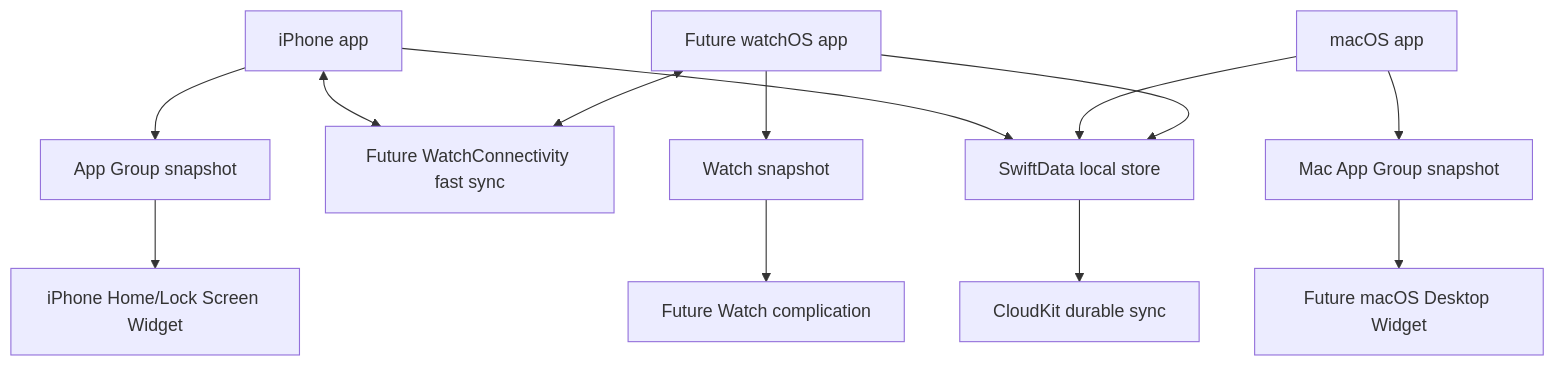
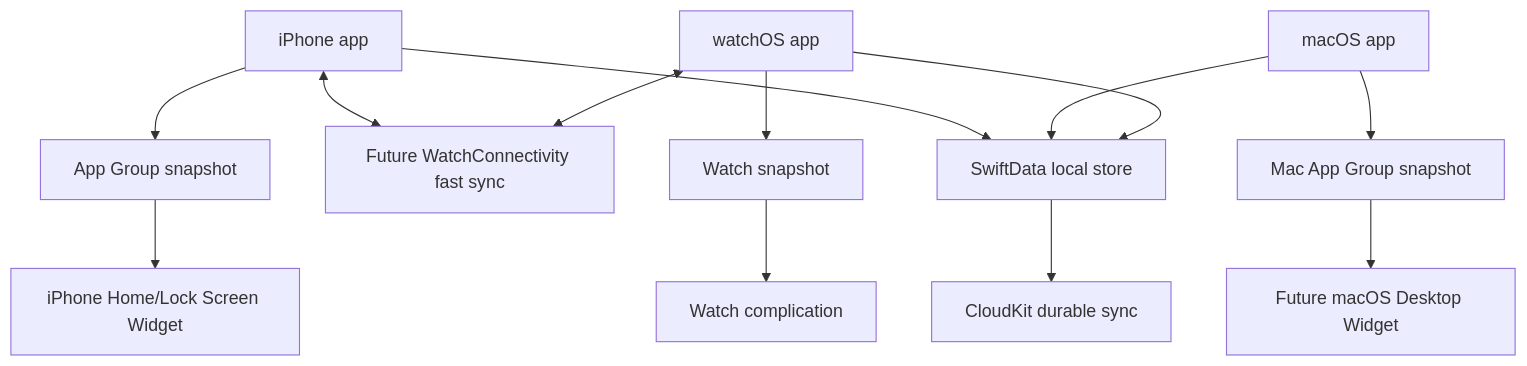
One commit to kangkshao-beep/HUST_WorkingTime changed the diagram in docs/ARCHITECTURE.md. Above: the diagram before and after it, drawn with Mermaid. The commit also changed other lines of this file and 11 other files, not shown here.

Commit message:
feat: add watchOS attendance app and complication

````diff
--- a/docs/ARCHITECTURE.md
+++ b/docs/ARCHITECTURE.md
@@ -5,15 +5,15 @@
 ```mermaid
 flowchart TD
     A[iPhone app] --> B[SwiftData local store]
     C[macOS app] --> B
-    D[Future watchOS app] --> B
+    D[watchOS app] --> B
     B --> E[CloudKit durable sync]
     A <--> F[Future WatchConnectivity fast sync]
     D <--> F
     A --> G[App Group snapshot]
     C --> H[Mac App Group snapshot]
     D --> I[Watch snapshot]
     G --> J[iPhone Home/Lock Screen Widget]
     H --> K[Future macOS Desktop Widget]
-    I --> L[Future Watch complication]
+    I --> L[Watch complication]
 ```
````
